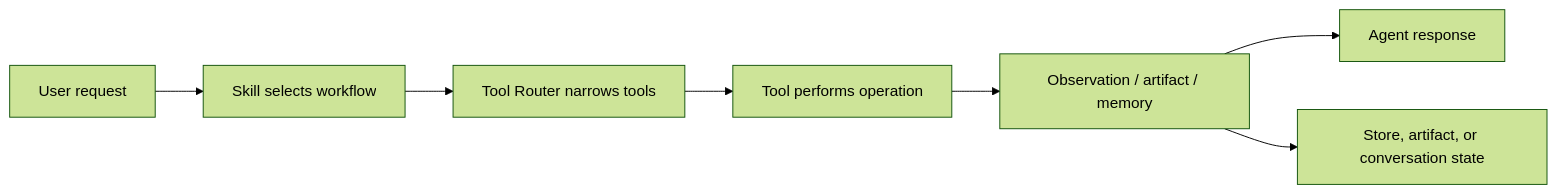
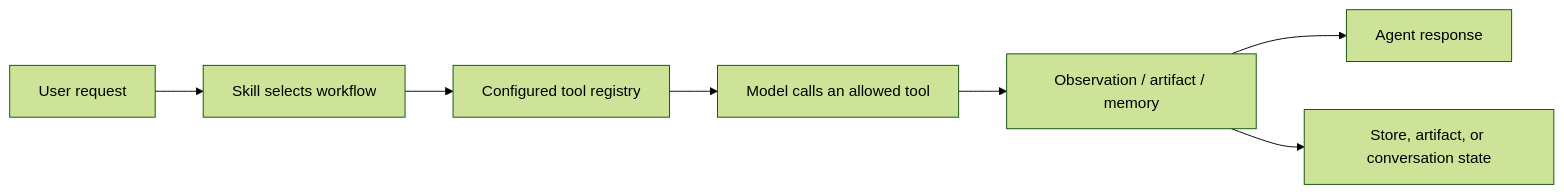
Before and after one commit to William-zgx/focus-agent: the first of 5 diagrams in docs/tool-skill-design.md, drawn with Mermaid (forest theme). The commit also changed other lines of this file and 141 other files, not shown here.

````diff
--- a/docs/tool-skill-design.md
+++ b/docs/tool-skill-design.md
@@ -32,9 +32,9 @@
 ```mermaid
 flowchart LR
     User["User request"] --> Skill["Skill selects workflow"]
-    Skill --> Router["Tool Router narrows tools"]
-    Router --> Tool["Tool performs operation"]
+    Skill --> Registry["Configured tool registry"]
+    Registry --> Tool["Model calls an allowed tool"]
     Tool --> Result["Observation / artifact / memory"]
     Result --> Agent["Agent response"]
     Result --> Persist["Store, artifact, or conversation state"]
 ```
````
